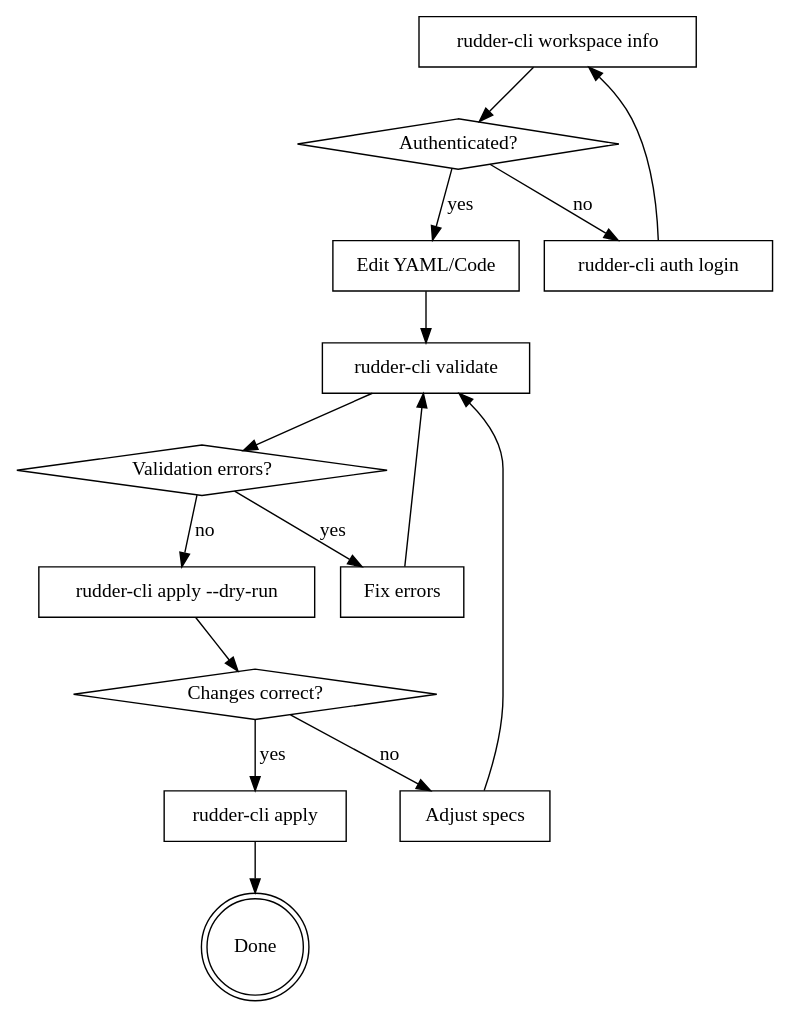
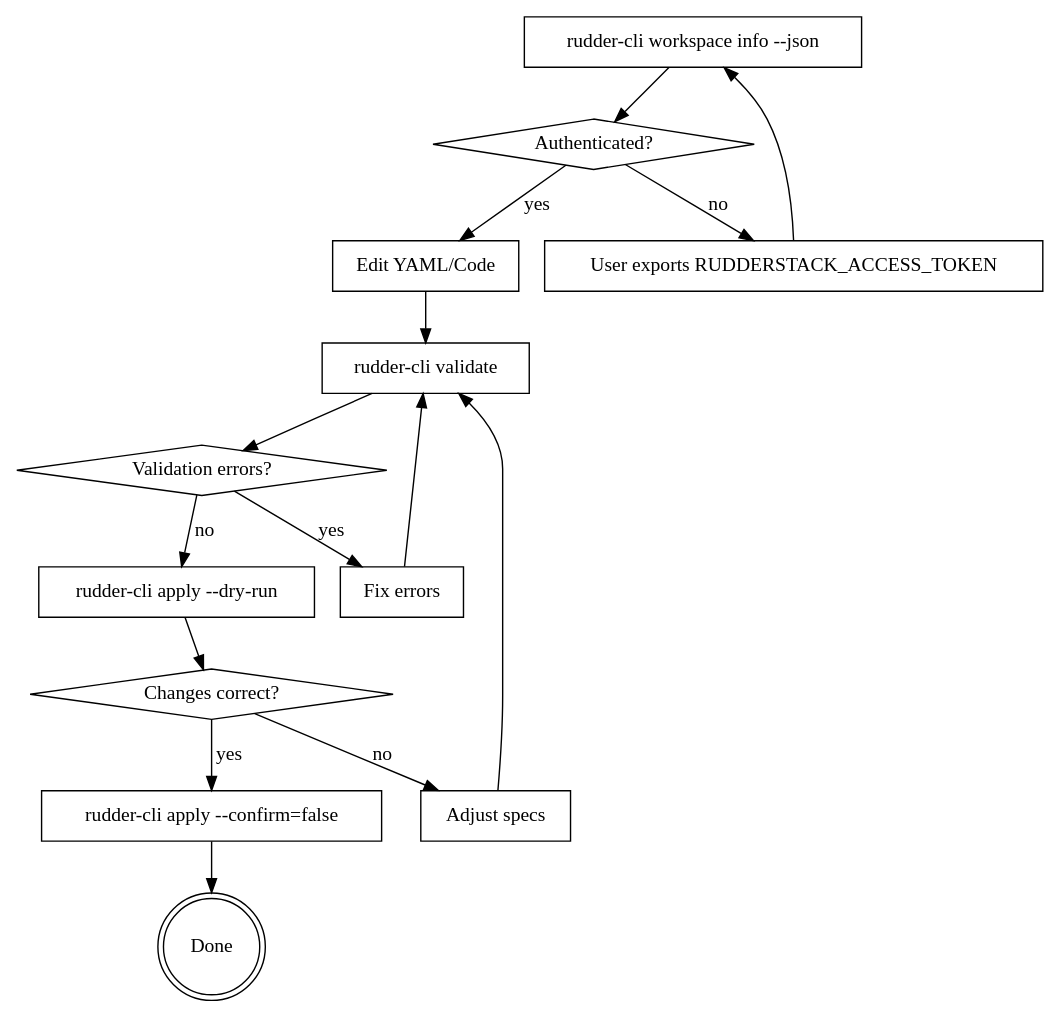
Before and after one commit to rudderlabs/rudder-agent-skills: the diagram in plugins/rudder-cli/skills/rudder-cli-workflow/SKILL.md, drawn with Graphviz. The commit also changed other lines of this file and 15 other files, not shown here.

First line of the commit message:
fix(skills): align the rudder-cli and rudder-mcp skills with what the CLI and MCP server accept (#33)

````diff
--- a/plugins/rudder-cli/skills/rudder-cli-workflow/SKILL.md
+++ b/plugins/rudder-cli/skills/rudder-cli-workflow/SKILL.md
@@ -65,32 +72,32 @@
 ```dot
 digraph workflow {
     rankdir=TB;
-    "rudder-cli workspace info" [shape=box];
+    "rudder-cli workspace info --json" [shape=box];
     "Authenticated?" [shape=diamond];
-    "rudder-cli auth login" [shape=box];
+    "User exports RUDDERSTACK_ACCESS_TOKEN" [shape=box];
     "Edit YAML/Code" [shape=box];
     "rudder-cli validate" [shape=box];
     "Validation errors?" [shape=diamond];
     "Fix errors" [shape=box];
     "rudder-cli apply --dry-run" [shape=box];
     "Changes correct?" [shape=diamond];
     "Adjust specs" [shape=box];
-    "rudder-cli apply" [shape=box];
+    "rudder-cli apply --confirm=false" [shape=box];
     "Done" [shape=doublecircle];
 
-    "rudder-cli workspace info" -> "Authenticated?";
-    "Authenticated?" -> "rudder-cli auth login" [label="no"];
-    "rudder-cli auth login" -> "rudder-cli workspace info";
+    "rudder-cli workspace info --json" -> "Authenticated?";
+    "Authenticated?" -> "User exports RUDDERSTACK_ACCESS_TOKEN" [label="no"];
+    "User exports RUDDERSTACK_ACCESS_TOKEN" -> "rudder-cli workspace info --json";
     "Authenticated?" -> "Edit YAML/Code" [label="yes"];
     "Edit YAML/Code" -> "rudder-cli validate";
     "rudder-cli validate" -> "Validation errors?";
     "Validation errors?" -> "Fix errors" [label="yes"];
     "Fix errors" -> "rudder-cli validate";
     "Validation errors?" -> "rudder-cli apply --dry-run" [label="no"];
     "rudder-cli apply --dry-run" -> "Changes correct?";
     "Changes correct?" -> "Adjust specs" [label="no"];
     "Adjust specs" -> "rudder-cli validate";
-    "Changes correct?" -> "rudder-cli apply" [label="yes"];
-    "rudder-cli apply" -> "Done";
+    "Changes correct?" -> "rudder-cli apply --confirm=false" [label="yes"];
+    "rudder-cli apply --confirm=false" -> "Done";
 }
 ```
````
